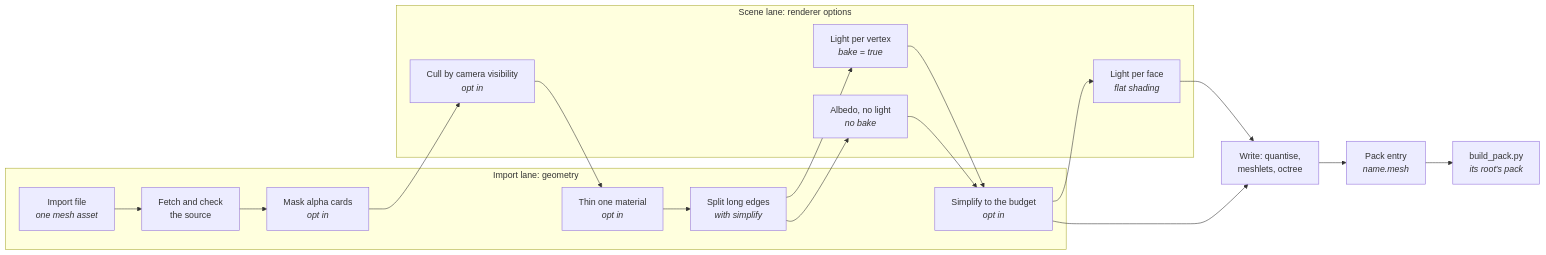
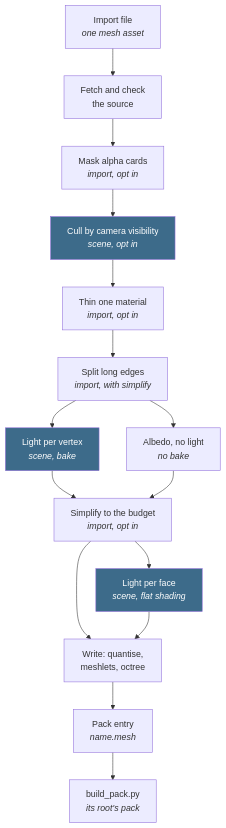
The first of 3 diagrams in docs/render/Mesh-Import.md (jose-villegas/autana), drawn with Mermaid before and after one commit.

Commit message:
docs: Mesh-Import pipeline diagram top to bottom, in the bake's step order (autana-slinr)

````diff
--- a/docs/render/Mesh-Import.md
+++ b/docs/render/Mesh-Import.md
@@ -8,23 +8,19 @@
 ```mermaid
-flowchart LR
-    subgraph Import_lane["Import lane: geometry"]
+flowchart TB
     Import["Import file<br/><i>one mesh asset</i>"] --> Fetch["Fetch and check<br/>the source"]
-    Mask["Mask alpha cards<br/><i>opt in</i>"]
-    Thin["Thin one material<br/><i>opt in</i>"]
-    Dense["Split long edges<br/><i>with simplify</i>"]
-    Simp["Simplify to the budget<br/><i>opt in</i>"]
-    end
-    subgraph Scene_lane["Scene lane: renderer options"]
-    Vis["Cull by camera visibility<br/><i>opt in</i>"]
-    Lit["Light per vertex<br/><i>bake = true</i>"]
-    Albedo["Albedo, no light<br/><i>no bake</i>"]
-    Face["Light per face<br/><i>flat shading</i>"]
-    end
-    Fetch --> Mask --> Vis --> Thin --> Dense
-    Dense --> Lit --> Simp
-    Dense --> Albedo --> Simp
-    Simp --> Face --> Write["Write: quantise,<br/>meshlets, octree"]
-    Simp --> Write
+    Fetch --> Mask["Mask alpha cards<br/><i>import, opt in</i>"]
+    Mask --> Vis["Cull by camera visibility<br/><i>scene, opt in</i>"]
+    Vis --> Thin["Thin one material<br/><i>import, opt in</i>"]
+    Thin --> Dense["Split long edges<br/><i>import, with simplify</i>"]
+    Dense --> Lit["Light per vertex<br/><i>scene, bake</i>"]
+    Dense --> Albedo["Albedo, no light<br/><i>no bake</i>"]
+    Lit --> Simp["Simplify to the budget<br/><i>import, opt in</i>"]
+    Albedo --> Simp
+    Simp --> Face["Light per face<br/><i>scene, flat shading</i>"]
+    Simp --> Write["Write: quantise,<br/>meshlets, octree"]
+    Face --> Write
     Write --> Entry["Pack entry<br/><i>name.mesh</i>"]
     Entry --> Pack["build_pack.py<br/><i>its root's pack</i>"]
+    classDef scene fill:#3d6b8a,color:#fff
+    class Vis,Lit,Face scene
 ```
````
